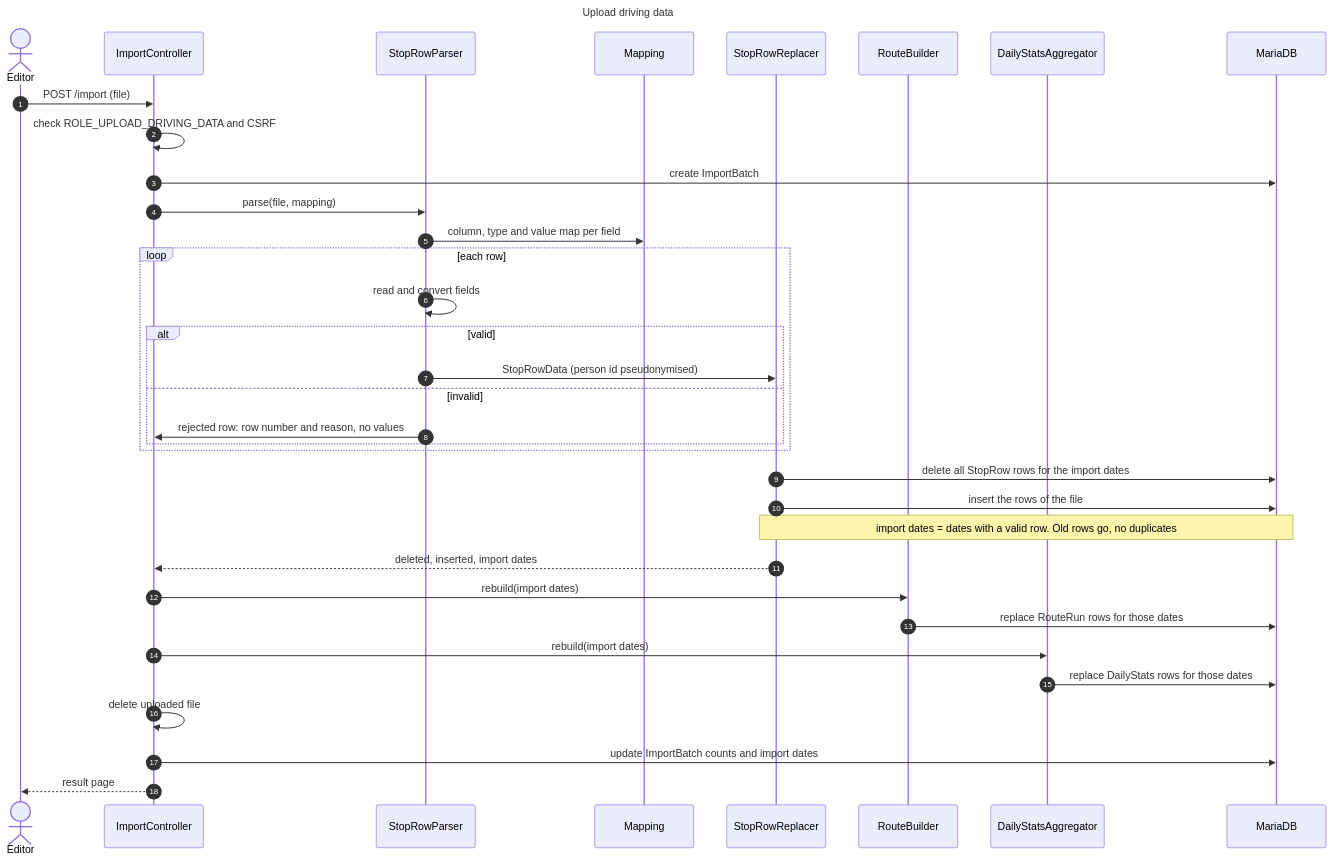
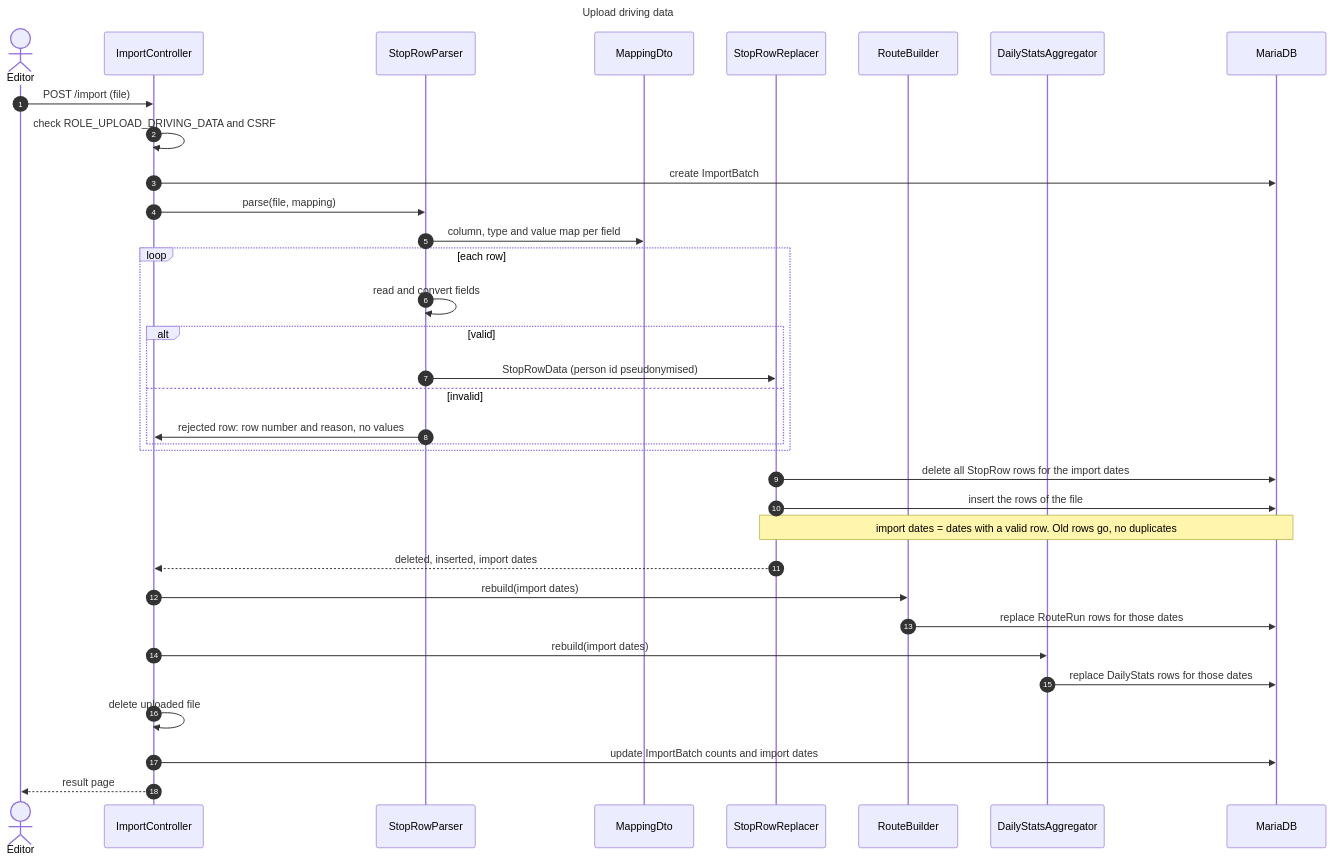
The fifth of 7 diagrams in docs/architecture.md (itk-dev/koerselsoverblik), drawn with Mermaid before and after one commit. The commit also changed other lines of this file and 6 other files, not shown here.

First line of the commit message:
refactor: add the Dto suffix to the mapping value objects

````diff
--- a/docs/architecture.md
+++ b/docs/architecture.md
@@ -357,40 +357,40 @@
 ```mermaid
 ---
 title: Upload driving data
 ---
 sequenceDiagram
     autonumber
     actor Editor
     participant C as ImportController
     participant P as StopRowParser
-    participant M as Mapping
+    participant M as MappingDto
     participant U as StopRowReplacer
     participant B as RouteBuilder
     participant A as DailyStatsAggregator
     participant DB as MariaDB
 
     Editor->>C: POST /import (file)
     C->>C: check ROLE_UPLOAD_DRIVING_DATA and CSRF
     C->>DB: create ImportBatch
     C->>P: parse(file, mapping)
     P->>M: column, type and value map per field
     loop each row
         P->>P: read and convert fields
         alt valid
             P->>U: StopRowData (person id pseudonymised)
         else invalid
             P->>C: rejected row: row number and reason, no values
         end
     end
     U->>DB: delete all StopRow rows for the import dates
     U->>DB: insert the rows of the file
     Note over U,DB: import dates = dates with a valid row. Old rows go, no duplicates
     U-->>C: deleted, inserted, import dates
     C->>B: rebuild(import dates)
     B->>DB: replace RouteRun rows for those dates
     C->>A: rebuild(import dates)
     A->>DB: replace DailyStats rows for those dates
     C->>C: delete uploaded file
     C->>DB: update ImportBatch counts and import dates
     C-->>Editor: result page
 ```
````
